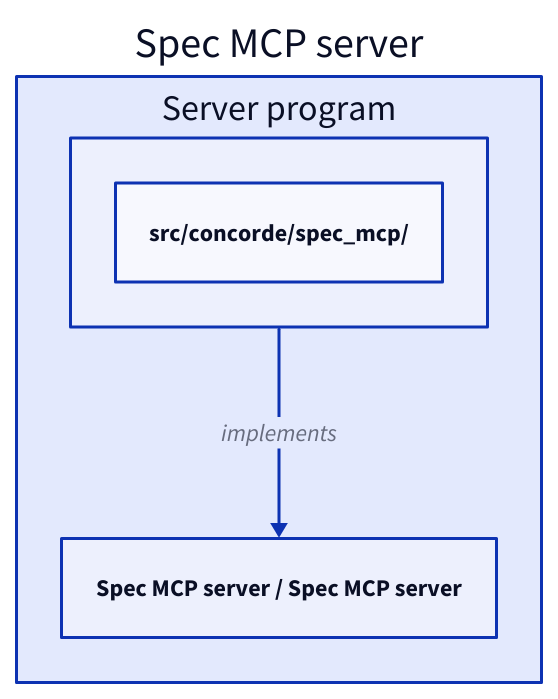
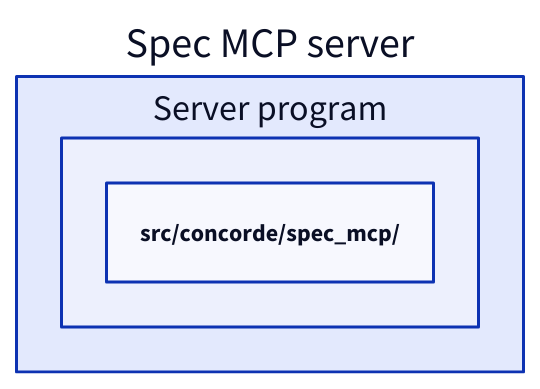
Before and after one commit to FTOD/concorde: the first of 2 diagrams in specs/concorde/spec-tooling/spec-mcp/module.md, drawn with D2. The commit also changed other lines of this file and 66 other files, not shown here.

````diff
--- a/specs/concorde/spec-tooling/spec-mcp/module.md
+++ b/specs/concorde/spec-tooling/spec-mcp/module.md
@@ -68,9 +64,7 @@
 ```d2
 mcp: Spec MCP server {
   server: Server program {
     "src/concorde/spec_mcp/"
   }
-  concept: Spec MCP server / Spec MCP server
-  server -> concept: implements
 }
 ```
````
